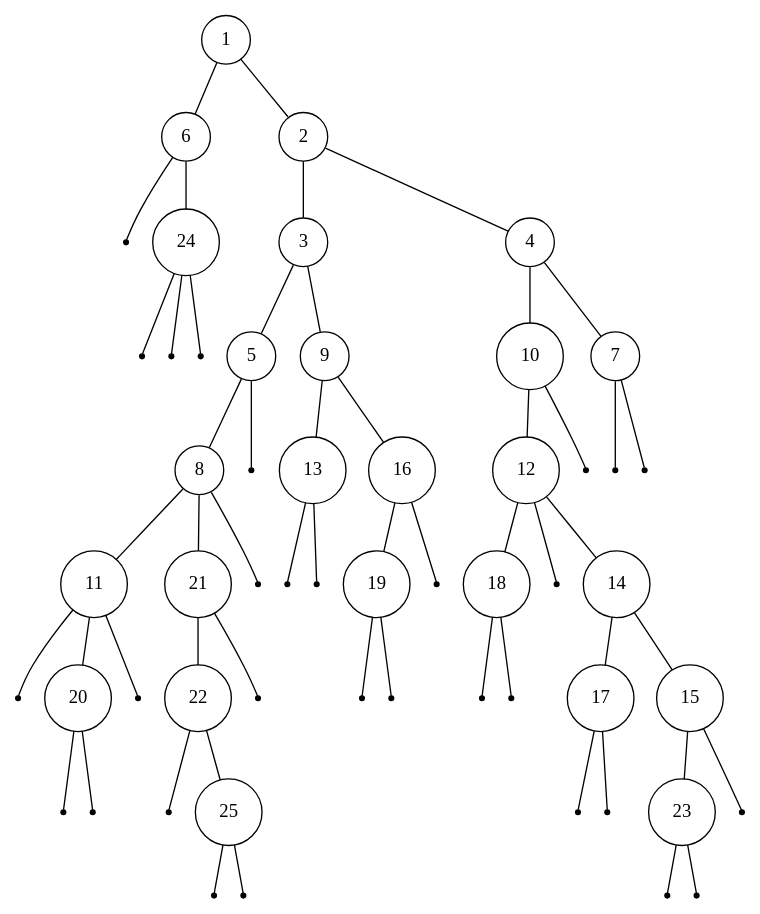
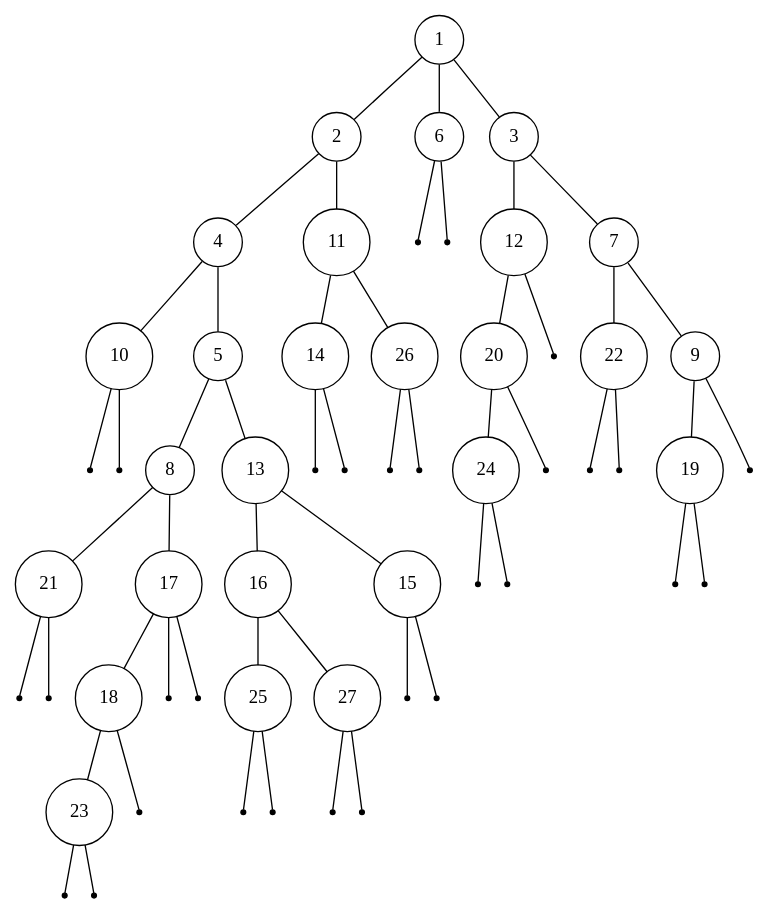
Before and after one commit to Shaolans/Projet_AAGA: the diagram in tree/test4.dot, drawn with Graphviz. The commit also changed 2185 other files, not shown here.

```diff
--- a/tree/test4.dot
+++ b/tree/test4.dot
@@ -1,112 +1,116 @@
 digraph {
   edge [arrowhead = none, arrowtail=none];
-treeimplementationSchroderTreeImpl4e25154f [label="1", shape=circle, width=0.1];
-treeimplementationSchroderTreeImpl4e25154f -> treeimplementationSchroderTreeImpl70dea4e;
-treeimplementationSchroderTreeImpl4e25154f -> treeimplementationSchroderTreeImpl5c647e05;
-treeimplementationSchroderTreeImpl70dea4e [label="6", shape=circle, width=0.1];
-treeimplementationSchroderTreeImpl70dea4e -> treeimplementationSchroderTreeImpl33909752;
-treeimplementationSchroderTreeImpl70dea4e -> treeimplementationSchroderTreeImpl55f96302;
-treeimplementationSchroderTreeImpl33909752 [label="", shape=point];
-treeimplementationSchroderTreeImpl55f96302 [label="24", shape=circle, width=0.1];
-treeimplementationSchroderTreeImpl55f96302 -> treeimplementationSchroderTreeImpl3d4eac69;
-treeimplementationSchroderTreeImpl55f96302 -> treeimplementationSchroderTreeImpl42a57993;
-treeimplementationSchroderTreeImpl55f96302 -> treeimplementationSchroderTreeImpl75b84c92;
-treeimplementationSchroderTreeImpl3d4eac69 [label="", shape=point];
-treeimplementationSchroderTreeImpl42a57993 [label="", shape=point];
-treeimplementationSchroderTreeImpl75b84c92 [label="", shape=point];
-treeimplementationSchroderTreeImpl5c647e05 [label="2", shape=circle, width=0.1];
-treeimplementationSchroderTreeImpl5c647e05 -> treeimplementationSchroderTreeImpl6bc7c054;
-treeimplementationSchroderTreeImpl5c647e05 -> treeimplementationSchroderTreeImpl232204a1;
-treeimplementationSchroderTreeImpl6bc7c054 [label="3", shape=circle, width=0.1];
-treeimplementationSchroderTreeImpl6bc7c054 -> treeimplementationSchroderTreeImpl4aa298b7;
-treeimplementationSchroderTreeImpl6bc7c054 -> treeimplementationSchroderTreeImpl7d4991ad;
-treeimplementationSchroderTreeImpl4aa298b7 [label="5", shape=circle, width=0.1];
-treeimplementationSchroderTreeImpl4aa298b7 -> treeimplementationSchroderTreeImpl28d93b30;
-treeimplementationSchroderTreeImpl4aa298b7 -> treeimplementationSchroderTreeImpl1b6d3586;
-treeimplementationSchroderTreeImpl28d93b30 [label="8", shape=circle, width=0.1];
-treeimplementationSchroderTreeImpl28d93b30 -> treeimplementationSchroderTreeImpl4554617c;
-treeimplementationSchroderTreeImpl28d93b30 -> treeimplementationSchroderTreeImpl74a14482;
-treeimplementationSchroderTreeImpl28d93b30 -> treeimplementationSchroderTreeImpl1540e19d;
-treeimplementationSchroderTreeImpl4554617c [label="11", shape=circle, width=0.1];
-treeimplementationSchroderTreeImpl4554617c -> treeimplementationSchroderTreeImpl677327b6;
-treeimplementationSchroderTreeImpl4554617c -> treeimplementationSchroderTreeImpl14ae5a5;
-treeimplementationSchroderTreeImpl4554617c -> treeimplementationSchroderTreeImpl7f31245a;
-treeimplementationSchroderTreeImpl677327b6 [label="", shape=point];
-treeimplementationSchroderTreeImpl14ae5a5 [label="20", shape=circle, width=0.1];
-treeimplementationSchroderTreeImpl14ae5a5 -> treeimplementationSchroderTreeImpl6d6f6e28;
-treeimplementationSchroderTreeImpl14ae5a5 -> treeimplementationSchroderTreeImpl135fbaa4;
-treeimplementationSchroderTreeImpl6d6f6e28 [label="", shape=point];
-treeimplementationSchroderTreeImpl135fbaa4 [label="", shape=point];
-treeimplementationSchroderTreeImpl7f31245a [label="", shape=point];
-treeimplementationSchroderTreeImpl74a14482 [label="21", shape=circle, width=0.1];
-treeimplementationSchroderTreeImpl74a14482 -> treeimplementationSchroderTreeImpl45ee12a7;
-treeimplementationSchroderTreeImpl74a14482 -> treeimplementationSchroderTreeImpl330bedb4;
-treeimplementationSchroderTreeImpl45ee12a7 [label="22", shape=circle, width=0.1];
-treeimplementationSchroderTreeImpl45ee12a7 -> treeimplementationSchroderTreeImpl2503dbd3;
-treeimplementationSchroderTreeImpl45ee12a7 -> treeimplementationSchroderTreeImpl4b67cf4d;
-treeimplementationSchroderTreeImpl2503dbd3 [label="", shape=point];
-treeimplementationSchroderTreeImpl4b67cf4d [label="25", shape=circle, width=0.1];
-treeimplementationSchroderTreeImpl4b67cf4d -> treeimplementationSchroderTreeImpl7ea987ac;
-treeimplementationSchroderTreeImpl4b67cf4d -> treeimplementationSchroderTreeImpl12a3a380;
-treeimplementationSchroderTreeImpl7ea987ac [label="", shape=point];
-treeimplementationSchroderTreeImpl12a3a380 [label="", shape=point];
-treeimplementationSchroderTreeImpl330bedb4 [label="", shape=point];
-treeimplementationSchroderTreeImpl1540e19d [label="", shape=point];
-treeimplementationSchroderTreeImpl1b6d3586 [label="", shape=point];
-treeimplementationSchroderTreeImpl7d4991ad [label="9", shape=circle, width=0.1];
-treeimplementationSchroderTreeImpl7d4991ad -> treeimplementationSchroderTreeImpl29453f44;
-treeimplementationSchroderTreeImpl7d4991ad -> treeimplementationSchroderTreeImpl5cad8086;
-treeimplementationSchroderTreeImpl29453f44 [label="13", shape=circle, width=0.1];
-treeimplementationSchroderTreeImpl29453f44 -> treeimplementationSchroderTreeImpl6e0be858;
-treeimplementationSchroderTreeImpl29453f44 -> treeimplementationSchroderTreeImpl61bbe9ba;
-treeimplementationSchroderTreeImpl6e0be858 [label="", shape=point];
-treeimplementationSchroderTreeImpl61bbe9ba [label="", shape=point];
-treeimplementationSchroderTreeImpl5cad8086 [label="16", shape=circle, width=0.1];
-treeimplementationSchroderTreeImpl5cad8086 -> treeimplementationSchroderTreeImpl610455d6;
-treeimplementationSchroderTreeImpl5cad8086 -> treeimplementationSchroderTreeImpl511d50c0;
-treeimplementationSchroderTreeImpl610455d6 [label="19", shape=circle, width=0.1];
-treeimplementationSchroderTreeImpl610455d6 -> treeimplementationSchroderTreeImpl60e53b93;
-treeimplementationSchroderTreeImpl610455d6 -> treeimplementationSchroderTreeImpl5e2de80c;
-treeimplementationSchroderTreeImpl60e53b93 [label="", shape=point];
-treeimplementationSchroderTreeImpl5e2de80c [label="", shape=point];
-treeimplementationSchroderTreeImpl511d50c0 [label="", shape=point];
-treeimplementationSchroderTreeImpl232204a1 [label="4", shape=circle, width=0.1];
-treeimplementationSchroderTreeImpl232204a1 -> treeimplementationSchroderTreeImpl1d44bcfa;
-treeimplementationSchroderTreeImpl232204a1 -> treeimplementationSchroderTreeImpl266474c2;
-treeimplementationSchroderTreeImpl1d44bcfa [label="10", shape=circle, width=0.1];
-treeimplementationSchroderTreeImpl1d44bcfa -> treeimplementationSchroderTreeImpl6f94fa3e;
-treeimplementationSchroderTreeImpl1d44bcfa -> treeimplementationSchroderTreeImpl5e481248;
-treeimplementationSchroderTreeImpl6f94fa3e [label="12", shape=circle, width=0.1];
-treeimplementationSchroderTreeImpl6f94fa3e -> treeimplementationSchroderTreeImpl66d3c617;
-treeimplementationSchroderTreeImpl6f94fa3e -> treeimplementationSchroderTreeImpl63947c6b;
-treeimplementationSchroderTreeImpl6f94fa3e -> treeimplementationSchroderTreeImpl2b193f2d;
-treeimplementationSchroderTreeImpl66d3c617 [label="18", shape=circle, width=0.1];
-treeimplementationSchroderTreeImpl66d3c617 -> treeimplementationSchroderTreeImpl355da254;
-treeimplementationSchroderTreeImpl66d3c617 -> treeimplementationSchroderTreeImpl4dc63996;
-treeimplementationSchroderTreeImpl355da254 [label="", shape=point];
-treeimplementationSchroderTreeImpl4dc63996 [label="", shape=point];
-treeimplementationSchroderTreeImpl63947c6b [label="", shape=point];
-treeimplementationSchroderTreeImpl2b193f2d [label="14", shape=circle, width=0.1];
-treeimplementationSchroderTreeImpl2b193f2d -> treeimplementationSchroderTreeImpld716361;
-treeimplementationSchroderTreeImpl2b193f2d -> treeimplementationSchroderTreeImpl6ff3c5b5;
-treeimplementationSchroderTreeImpld716361 [label="17", shape=circle, width=0.1];
-treeimplementationSchroderTreeImpld716361 -> treeimplementationSchroderTreeImpl3764951d;
-treeimplementationSchroderTreeImpld716361 -> treeimplementationSchroderTreeImpl4b1210ee;
-treeimplementationSchroderTreeImpl3764951d [label="", shape=point];
-treeimplementationSchroderTreeImpl4b1210ee [label="", shape=point];
-treeimplementationSchroderTreeImpl6ff3c5b5 [label="15", shape=circle, width=0.1];
-treeimplementationSchroderTreeImpl6ff3c5b5 -> treeimplementationSchroderTreeImpl4d7e1886;
-treeimplementationSchroderTreeImpl6ff3c5b5 -> treeimplementationSchroderTreeImpl3cd1a2f1;
-treeimplementationSchroderTreeImpl4d7e1886 [label="23", shape=circle, width=0.1];
-treeimplementationSchroderTreeImpl4d7e1886 -> treeimplementationSchroderTreeImpl2f0e140b;
-treeimplementationSchroderTreeImpl4d7e1886 -> treeimplementationSchroderTreeImpl7440e464;
-treeimplementationSchroderTreeImpl2f0e140b [label="", shape=point];
-treeimplementationSchroderTreeImpl7440e464 [label="", shape=point];
-treeimplementationSchroderTreeImpl3cd1a2f1 [label="", shape=point];
-treeimplementationSchroderTreeImpl5e481248 [label="", shape=point];
-treeimplementationSchroderTreeImpl266474c2 [label="7", shape=circle, width=0.1];
-treeimplementationSchroderTreeImpl266474c2 -> treeimplementationSchroderTreeImpl49476842;
-treeimplementationSchroderTreeImpl266474c2 -> treeimplementationSchroderTreeImpl78308db1;
-treeimplementationSchroderTreeImpl49476842 [label="", shape=point];
-treeimplementationSchroderTreeImpl78308db1 [label="", shape=point];
+treeimplementationSchroderTreeImpl53d8d10a [label="1", shape=circle, width=0.1];
+treeimplementationSchroderTreeImpl53d8d10a -> treeimplementationSchroderTreeImple9e54c2;
+treeimplementationSchroderTreeImpl53d8d10a -> treeimplementationSchroderTreeImpl65ab7765;
+treeimplementationSchroderTreeImpl53d8d10a -> treeimplementationSchroderTreeImpl1b28cdfa;
+treeimplementationSchroderTreeImple9e54c2 [label="2", shape=circle, width=0.1];
+treeimplementationSchroderTreeImple9e54c2 -> treeimplementationSchroderTreeImpleed1f14;
+treeimplementationSchroderTreeImple9e54c2 -> treeimplementationSchroderTreeImpl7229724f;
+treeimplementationSchroderTreeImpleed1f14 [label="4", shape=circle, width=0.1];
+treeimplementationSchroderTreeImpleed1f14 -> treeimplementationSchroderTreeImpl4c873330;
+treeimplementationSchroderTreeImpleed1f14 -> treeimplementationSchroderTreeImpl119d7047;
+treeimplementationSchroderTreeImpl4c873330 [label="10", shape=circle, width=0.1];
+treeimplementationSchroderTreeImpl4c873330 -> treeimplementationSchroderTreeImpl776ec8df;
+treeimplementationSchroderTreeImpl4c873330 -> treeimplementationSchroderTreeImpl4eec7777;
+treeimplementationSchroderTreeImpl776ec8df [label="", shape=point];
+treeimplementationSchroderTreeImpl4eec7777 [label="", shape=point];
+treeimplementationSchroderTreeImpl119d7047 [label="5", shape=circle, width=0.1];
+treeimplementationSchroderTreeImpl119d7047 -> treeimplementationSchroderTreeImpl3b07d329;
+treeimplementationSchroderTreeImpl119d7047 -> treeimplementationSchroderTreeImpl41629346;
+treeimplementationSchroderTreeImpl3b07d329 [label="8", shape=circle, width=0.1];
+treeimplementationSchroderTreeImpl3b07d329 -> treeimplementationSchroderTreeImpl404b9385;
+treeimplementationSchroderTreeImpl3b07d329 -> treeimplementationSchroderTreeImpl6d311334;
+treeimplementationSchroderTreeImpl404b9385 [label="21", shape=circle, width=0.1];
+treeimplementationSchroderTreeImpl404b9385 -> treeimplementationSchroderTreeImpl682a0b20;
+treeimplementationSchroderTreeImpl404b9385 -> treeimplementationSchroderTreeImpl3d075dc0;
+treeimplementationSchroderTreeImpl682a0b20 [label="", shape=point];
+treeimplementationSchroderTreeImpl3d075dc0 [label="", shape=point];
+treeimplementationSchroderTreeImpl6d311334 [label="17", shape=circle, width=0.1];
+treeimplementationSchroderTreeImpl6d311334 -> treeimplementationSchroderTreeImpl214c265e;
+treeimplementationSchroderTreeImpl6d311334 -> treeimplementationSchroderTreeImpl448139f0;
+treeimplementationSchroderTreeImpl6d311334 -> treeimplementationSchroderTreeImpl7cca494b;
+treeimplementationSchroderTreeImpl214c265e [label="18", shape=circle, width=0.1];
+treeimplementationSchroderTreeImpl214c265e -> treeimplementationSchroderTreeImpl7ba4f24f;
+treeimplementationSchroderTreeImpl214c265e -> treeimplementationSchroderTreeImpl3b9a45b3;
+treeimplementationSchroderTreeImpl7ba4f24f [label="23", shape=circle, width=0.1];
+treeimplementationSchroderTreeImpl7ba4f24f -> treeimplementationSchroderTreeImpl7699a589;
+treeimplementationSchroderTreeImpl7ba4f24f -> treeimplementationSchroderTreeImpl58372a00;
+treeimplementationSchroderTreeImpl7699a589 [label="", shape=point];
+treeimplementationSchroderTreeImpl58372a00 [label="", shape=point];
+treeimplementationSchroderTreeImpl3b9a45b3 [label="", shape=point];
+treeimplementationSchroderTreeImpl448139f0 [label="", shape=point];
+treeimplementationSchroderTreeImpl7cca494b [label="", shape=point];
+treeimplementationSchroderTreeImpl41629346 [label="13", shape=circle, width=0.1];
+treeimplementationSchroderTreeImpl41629346 -> treeimplementationSchroderTreeImpl4dd8dc3;
+treeimplementationSchroderTreeImpl41629346 -> treeimplementationSchroderTreeImpl6d03e736;
+treeimplementationSchroderTreeImpl4dd8dc3 [label="16", shape=circle, width=0.1];
+treeimplementationSchroderTreeImpl4dd8dc3 -> treeimplementationSchroderTreeImpl568db2f2;
+treeimplementationSchroderTreeImpl4dd8dc3 -> treeimplementationSchroderTreeImpl378bf509;
+treeimplementationSchroderTreeImpl568db2f2 [label="25", shape=circle, width=0.1];
+treeimplementationSchroderTreeImpl568db2f2 -> treeimplementationSchroderTreeImpl5fd0d5ae;
+treeimplementationSchroderTreeImpl568db2f2 -> treeimplementationSchroderTreeImpl2d98a335;
+treeimplementationSchroderTreeImpl5fd0d5ae [label="", shape=point];
+treeimplementationSchroderTreeImpl2d98a335 [label="", shape=point];
+treeimplementationSchroderTreeImpl378bf509 [label="27", shape=circle, width=0.1];
+treeimplementationSchroderTreeImpl378bf509 -> treeimplementationSchroderTreeImpl16b98e56;
+treeimplementationSchroderTreeImpl378bf509 -> treeimplementationSchroderTreeImpl7ef20235;
+treeimplementationSchroderTreeImpl16b98e56 [label="", shape=point];
+treeimplementationSchroderTreeImpl7ef20235 [label="", shape=point];
+treeimplementationSchroderTreeImpl6d03e736 [label="15", shape=circle, width=0.1];
+treeimplementationSchroderTreeImpl6d03e736 -> treeimplementationSchroderTreeImpl27d6c5e0;
+treeimplementationSchroderTreeImpl6d03e736 -> treeimplementationSchroderTreeImpl4f3f5b24;
+treeimplementationSchroderTreeImpl27d6c5e0 [label="", shape=point];
+treeimplementationSchroderTreeImpl4f3f5b24 [label="", shape=point];
+treeimplementationSchroderTreeImpl7229724f [label="11", shape=circle, width=0.1];
+treeimplementationSchroderTreeImpl7229724f -> treeimplementationSchroderTreeImpl15aeb7ab;
+treeimplementationSchroderTreeImpl7229724f -> treeimplementationSchroderTreeImpl7b23ec81;
+treeimplementationSchroderTreeImpl15aeb7ab [label="14", shape=circle, width=0.1];
+treeimplementationSchroderTreeImpl15aeb7ab -> treeimplementationSchroderTreeImpl6acbcfc0;
+treeimplementationSchroderTreeImpl15aeb7ab -> treeimplementationSchroderTreeImpl5f184fc6;
+treeimplementationSchroderTreeImpl6acbcfc0 [label="", shape=point];
+treeimplementationSchroderTreeImpl5f184fc6 [label="", shape=point];
+treeimplementationSchroderTreeImpl7b23ec81 [label="26", shape=circle, width=0.1];
+treeimplementationSchroderTreeImpl7b23ec81 -> treeimplementationSchroderTreeImpl3feba861;
+treeimplementationSchroderTreeImpl7b23ec81 -> treeimplementationSchroderTreeImpl5b480cf9;
+treeimplementationSchroderTreeImpl3feba861 [label="", shape=point];
+treeimplementationSchroderTreeImpl5b480cf9 [label="", shape=point];
+treeimplementationSchroderTreeImpl65ab7765 [label="6", shape=circle, width=0.1];
+treeimplementationSchroderTreeImpl65ab7765 -> treeimplementationSchroderTreeImpl6f496d9f;
+treeimplementationSchroderTreeImpl65ab7765 -> treeimplementationSchroderTreeImpl723279cf;
+treeimplementationSchroderTreeImpl6f496d9f [label="", shape=point];
+treeimplementationSchroderTreeImpl723279cf [label="", shape=point];
+treeimplementationSchroderTreeImpl1b28cdfa [label="3", shape=circle, width=0.1];
+treeimplementationSchroderTreeImpl1b28cdfa -> treeimplementationSchroderTreeImpl10f87f48;
+treeimplementationSchroderTreeImpl1b28cdfa -> treeimplementationSchroderTreeImplb4c966a;
+treeimplementationSchroderTreeImpl10f87f48 [label="12", shape=circle, width=0.1];
+treeimplementationSchroderTreeImpl10f87f48 -> treeimplementationSchroderTreeImpl2f4d3709;
+treeimplementationSchroderTreeImpl10f87f48 -> treeimplementationSchroderTreeImpl4e50df2e;
+treeimplementationSchroderTreeImpl2f4d3709 [label="20", shape=circle, width=0.1];
+treeimplementationSchroderTreeImpl2f4d3709 -> treeimplementationSchroderTreeImpl1d81eb93;
+treeimplementationSchroderTreeImpl2f4d3709 -> treeimplementationSchroderTreeImpl7291c18f;
+treeimplementationSchroderTreeImpl1d81eb93 [label="24", shape=circle, width=0.1];
+treeimplementationSchroderTreeImpl1d81eb93 -> treeimplementationSchroderTreeImpl34a245ab;
+treeimplementationSchroderTreeImpl1d81eb93 -> treeimplementationSchroderTreeImpl7cc355be;
+treeimplementationSchroderTreeImpl34a245ab [label="", shape=point];
+treeimplementationSchroderTreeImpl7cc355be [label="", shape=point];
+treeimplementationSchroderTreeImpl7291c18f [label="", shape=point];
+treeimplementationSchroderTreeImpl4e50df2e [label="", shape=point];
+treeimplementationSchroderTreeImplb4c966a [label="7", shape=circle, width=0.1];
+treeimplementationSchroderTreeImplb4c966a -> treeimplementationSchroderTreeImpl6e8cf4c6;
+treeimplementationSchroderTreeImplb4c966a -> treeimplementationSchroderTreeImpl12edcd21;
+treeimplementationSchroderTreeImpl6e8cf4c6 [label="22", shape=circle, width=0.1];
+treeimplementationSchroderTreeImpl6e8cf4c6 -> treeimplementationSchroderTreeImpl34c45dca;
+treeimplementationSchroderTreeImpl6e8cf4c6 -> treeimplementationSchroderTreeImpl52cc8049;
+treeimplementationSchroderTreeImpl34c45dca [label="", shape=point];
+treeimplementationSchroderTreeImpl52cc8049 [label="", shape=point];
+treeimplementationSchroderTreeImpl12edcd21 [label="9", shape=circle, width=0.1];
+treeimplementationSchroderTreeImpl12edcd21 -> treeimplementationSchroderTreeImpl5b6f7412;
+treeimplementationSchroderTreeImpl12edcd21 -> treeimplementationSchroderTreeImpl27973e9b;
+treeimplementationSchroderTreeImpl5b6f7412 [label="19", shape=circle, width=0.1];
+treeimplementationSchroderTreeImpl5b6f7412 -> treeimplementationSchroderTreeImpl312b1dae;
+treeimplementationSchroderTreeImpl5b6f7412 -> treeimplementationSchroderTreeImpl7530d0a;
+treeimplementationSchroderTreeImpl312b1dae [label="", shape=point];
+treeimplementationSchroderTreeImpl7530d0a [label="", shape=point];
+treeimplementationSchroderTreeImpl27973e9b [label="", shape=point];
 }
```
